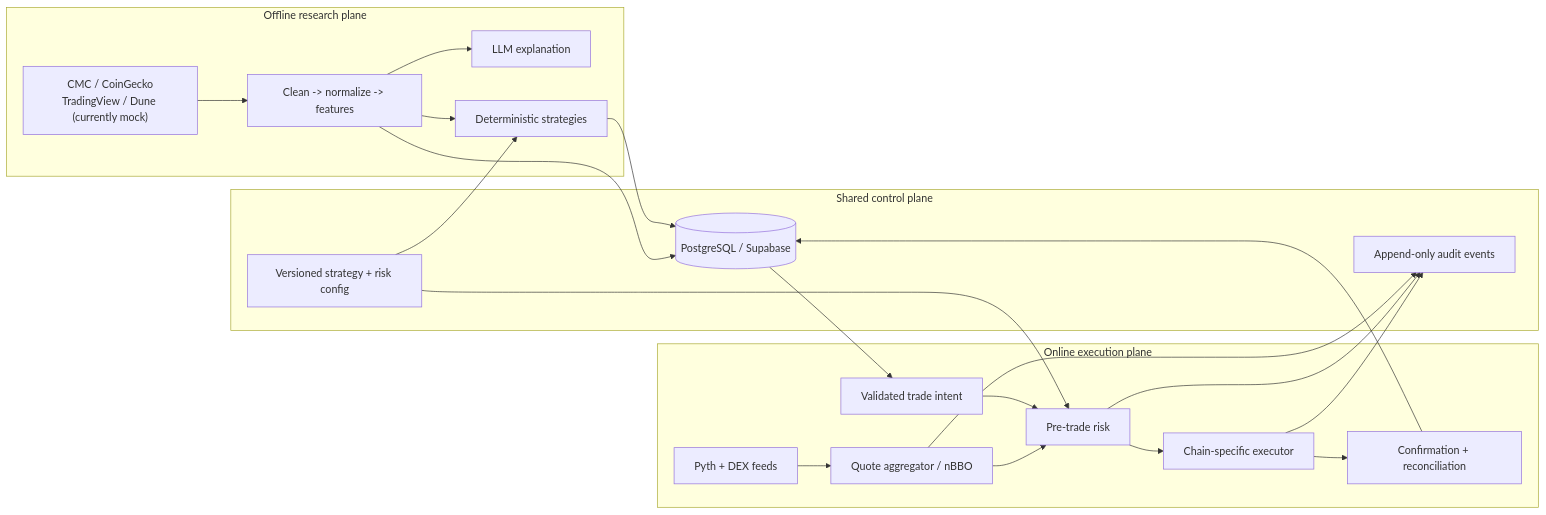
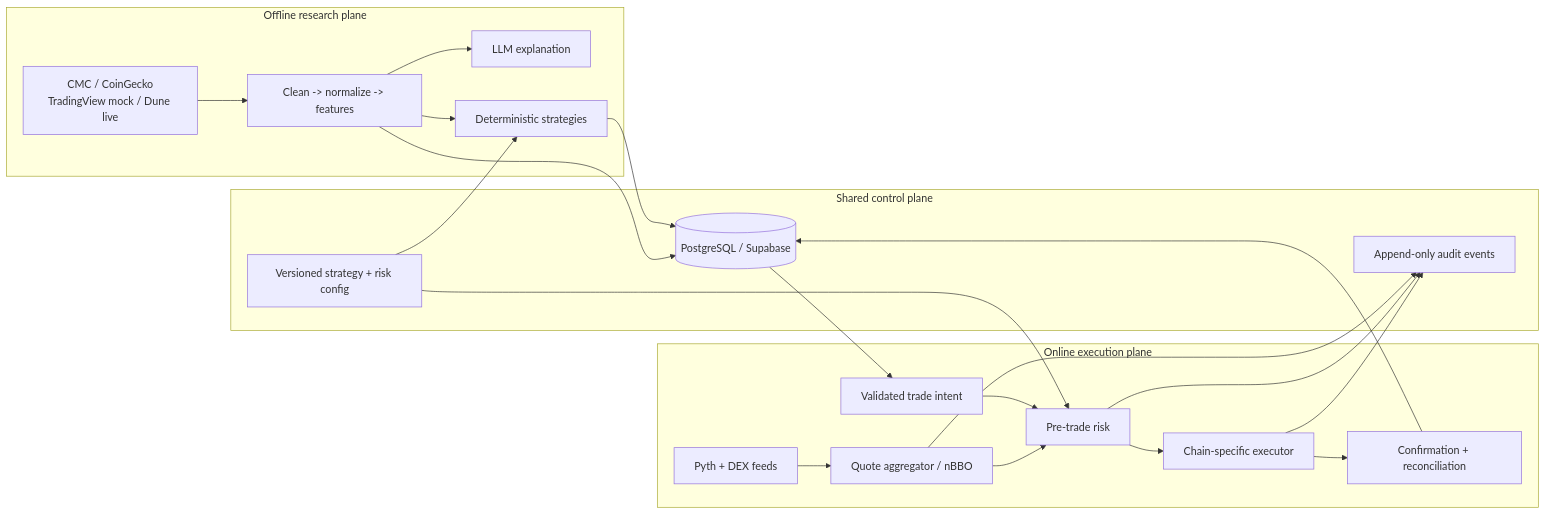
Before and after one commit to iis-MarkKuang/sol_trade_agents: the diagram in docs/ARCHITECTURE.md, drawn with Mermaid. The commit also changed other lines of this file and 65 other files, not shown here.

````diff
--- a/docs/ARCHITECTURE.md
+++ b/docs/ARCHITECTURE.md
@@ -49,39 +51,39 @@
 ```mermaid
 flowchart LR
   subgraph Research["Offline research plane"]
-    Sources["CMC / CoinGecko\nTradingView / Dune (currently mock)"]
+    Sources["CMC / CoinGecko\nTradingView mock / Dune live"]
     Pipeline["Clean -> normalize -> features"]
     Analysis["LLM explanation"]
     Strategy["Deterministic strategies"]
     Sources --> Pipeline --> Analysis
     Pipeline --> Strategy
   end
 
   subgraph Control["Shared control plane"]
     Config["Versioned strategy + risk config"]
     DB[("PostgreSQL / Supabase")]
     Audit["Append-only audit events"]
   end
 
   subgraph Execution["Online execution plane"]
     Feeds["Pyth + DEX feeds"]
     Signal["Validated trade intent"]
     Quote["Quote aggregator / nBBO"]
     Risk["Pre-trade risk"]
     Executor["Chain-specific executor"]
     Reconciler["Confirmation + reconciliation"]
     Feeds --> Quote
     Signal --> Risk
     Quote --> Risk --> Executor --> Reconciler
   end
 
   Strategy --> DB
   DB --> Signal
   Config --> Strategy
   Config --> Risk
   Pipeline --> DB
   Quote --> Audit
   Risk --> Audit
   Executor --> Audit
   Reconciler --> DB
 ```
````
